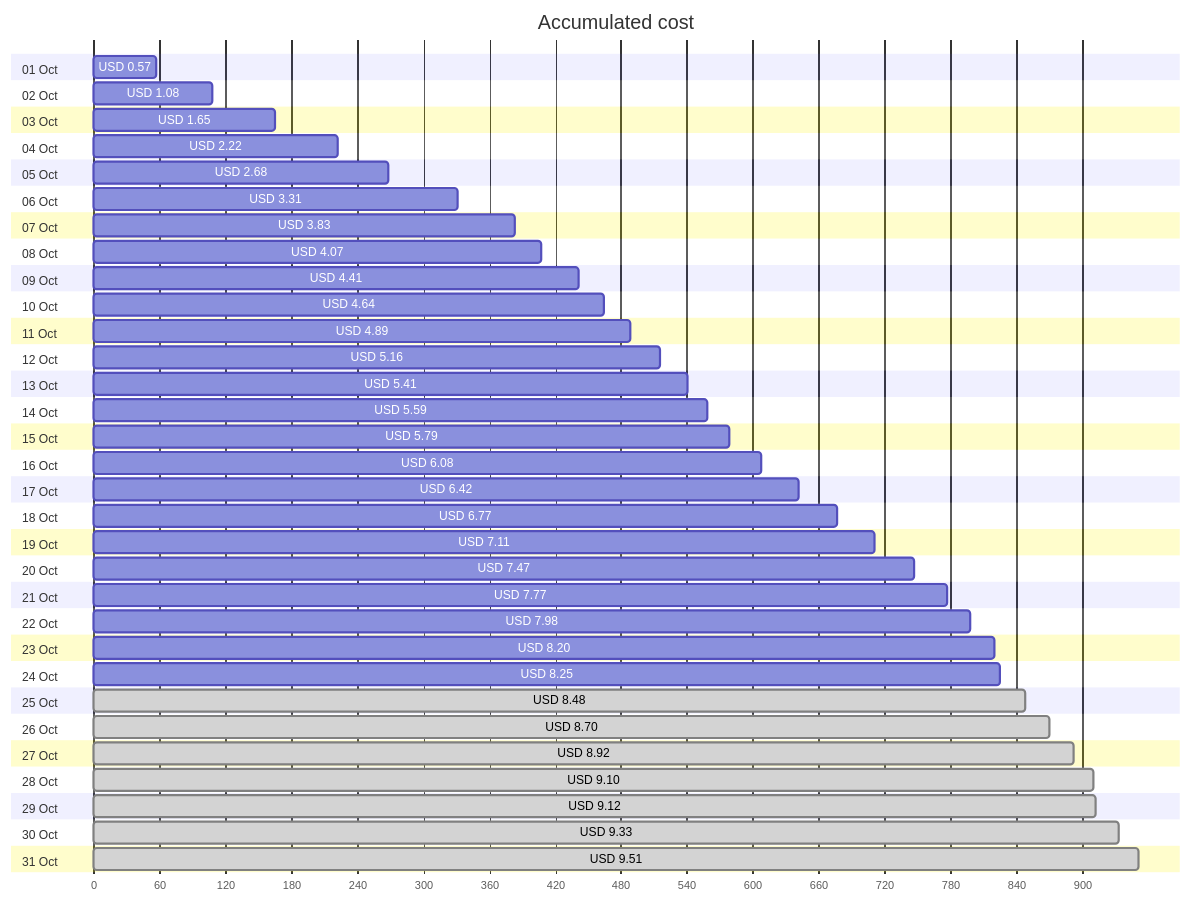
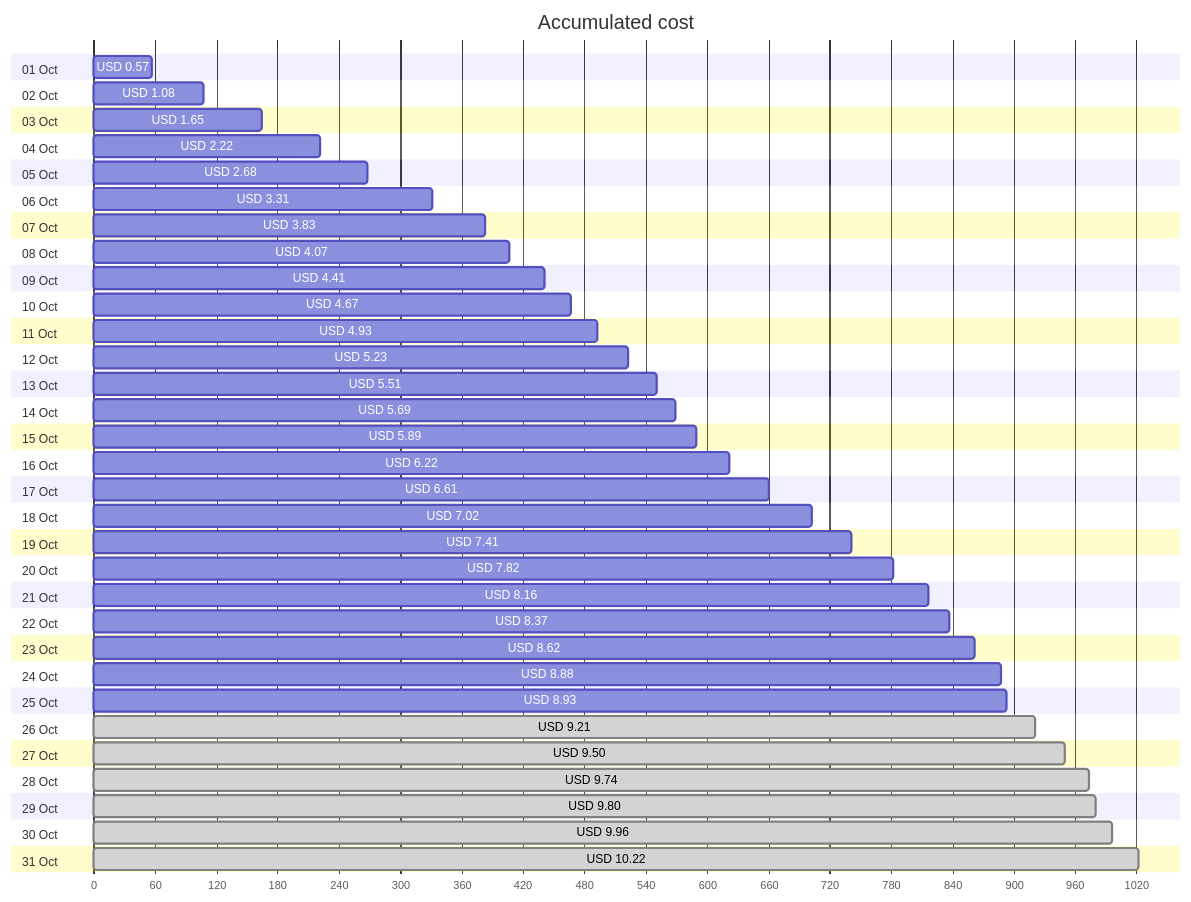
Before and after one commit to jpfulton/azure-personal-reports: the first of 4 diagrams in cost-reports/personal-network/vpn-server.md, drawn with Mermaid. The commit also changed other lines of this file and 7 other files, not shown here.

````diff
--- a/cost-reports/personal-network/vpn-server.md
+++ b/cost-reports/personal-network/vpn-server.md
@@ -20,68 +20,68 @@
 ```mermaid
 gantt
    title Accumulated cost
    dateFormat  X
    axisFormat %s
    section 01 Oct
    USD 0.57 :0, 57
    section 02 Oct
    USD 1.08 :0, 108
    section 03 Oct
    USD 1.65 :0, 165
    section 04 Oct
    USD 2.22 :0, 222
    section 05 Oct
    USD 2.68 :0, 268
    section 06 Oct
    USD 3.31 :0, 331
    section 07 Oct
    USD 3.83 :0, 383
    section 08 Oct
    USD 4.07 :0, 407
    section 09 Oct
    USD 4.41 :0, 441
    section 10 Oct
-   USD 4.64 :0, 464
+   USD 4.67 :0, 467
    section 11 Oct
-   USD 4.89 :0, 489
+   USD 4.93 :0, 493
    section 12 Oct
-   USD 5.16 :0, 516
+   USD 5.23 :0, 523
    section 13 Oct
-   USD 5.41 :0, 541
+   USD 5.51 :0, 551
    section 14 Oct
-   USD 5.59 :0, 559
+   USD 5.69 :0, 569
    section 15 Oct
-   USD 5.79 :0, 579
+   USD 5.89 :0, 589
    section 16 Oct
-   USD 6.08 :0, 608
+   USD 6.22 :0, 622
    section 17 Oct
-   USD 6.42 :0, 642
+   USD 6.61 :0, 661
    section 18 Oct
-   USD 6.77 :0, 677
+   USD 7.02 :0, 702
    section 19 Oct
-   USD 7.11 :0, 711
+   USD 7.41 :0, 741
    section 20 Oct
-   USD 7.47 :0, 747
+   USD 7.82 :0, 782
    section 21 Oct
-   USD 7.77 :0, 777
+   USD 8.16 :0, 816
    section 22 Oct
-   USD 7.98 :0, 798
+   USD 8.37 :0, 837
    section 23 Oct
-   USD 8.20 :0, 820
+   USD 8.62 :0, 862
    section 24 Oct
-   USD 8.25 :0, 825
+   USD 8.88 :0, 888
    section 25 Oct
-   USD 8.48 : done, 0, 848
+   USD 8.93 :0, 893
    section 26 Oct
-   USD 8.70 : done, 0, 870
+   USD 9.21 : done, 0, 921
    section 27 Oct
-   USD 8.92 : done, 0, 892
+   USD 9.50 : done, 0, 950
    section 28 Oct
-   USD 9.10 : done, 0, 910
+   USD 9.74 : done, 0, 974
    section 29 Oct
-   USD 9.12 : done, 0, 912
+   USD 9.80 : done, 0, 980
    section 30 Oct
-   USD 9.33 : done, 0, 933
+   USD 9.96 : done, 0, 996
    section 31 Oct
-   USD 9.51 : done, 0, 951
+   USD 10.22 : done, 0, 1022
 ```
````
